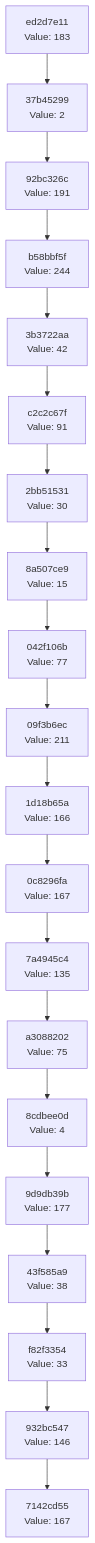
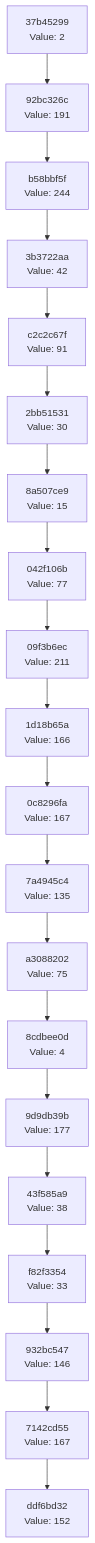
The diagram in docs/CHAIN_VISUALIZATION.md (Abhisheksinha1506/hash-chain-evolver), drawn with Mermaid before and after one commit. The commit also changed 3 other files, not shown here.

````diff
--- a/docs/CHAIN_VISUALIZATION.md
+++ b/docs/CHAIN_VISUALIZATION.md
@@ -3,42 +3,42 @@
 ```mermaid
 graph TD
-    C0["7142cd55<br/>Value: 167"]
-    C1["932bc547<br/>Value: 146"]
+    C0["ddf6bd32<br/>Value: 152"]
+    C1["7142cd55<br/>Value: 167"]
     C1 --> C0
-    C2["f82f3354<br/>Value: 33"]
+    C2["932bc547<br/>Value: 146"]
     C2 --> C1
-    C3["43f585a9<br/>Value: 38"]
+    C3["f82f3354<br/>Value: 33"]
     C3 --> C2
-    C4["9d9db39b<br/>Value: 177"]
+    C4["43f585a9<br/>Value: 38"]
     C4 --> C3
-    C5["8cdbee0d<br/>Value: 4"]
+    C5["9d9db39b<br/>Value: 177"]
     C5 --> C4
-    C6["a3088202<br/>Value: 75"]
+    C6["8cdbee0d<br/>Value: 4"]
     C6 --> C5
-    C7["7a4945c4<br/>Value: 135"]
+    C7["a3088202<br/>Value: 75"]
     C7 --> C6
-    C8["0c8296fa<br/>Value: 167"]
+    C8["7a4945c4<br/>Value: 135"]
     C8 --> C7
-    C9["1d18b65a<br/>Value: 166"]
+    C9["0c8296fa<br/>Value: 167"]
     C9 --> C8
-    C10["09f3b6ec<br/>Value: 211"]
+    C10["1d18b65a<br/>Value: 166"]
     C10 --> C9
-    C11["042f106b<br/>Value: 77"]
+    C11["09f3b6ec<br/>Value: 211"]
     C11 --> C10
-    C12["8a507ce9<br/>Value: 15"]
+    C12["042f106b<br/>Value: 77"]
     C12 --> C11
-    C13["2bb51531<br/>Value: 30"]
+    C13["8a507ce9<br/>Value: 15"]
     C13 --> C12
-    C14["c2c2c67f<br/>Value: 91"]
+    C14["2bb51531<br/>Value: 30"]
     C14 --> C13
-    C15["3b3722aa<br/>Value: 42"]
+    C15["c2c2c67f<br/>Value: 91"]
     C15 --> C14
-    C16["b58bbf5f<br/>Value: 244"]
+    C16["3b3722aa<br/>Value: 42"]
     C16 --> C15
-    C17["92bc326c<br/>Value: 191"]
+    C17["b58bbf5f<br/>Value: 244"]
     C17 --> C16
-    C18["37b45299<br/>Value: 2"]
+    C18["92bc326c<br/>Value: 191"]
     C18 --> C17
-    C19["ed2d7e11<br/>Value: 183"]
+    C19["37b45299<br/>Value: 2"]
     C19 --> C18
 ```
````
